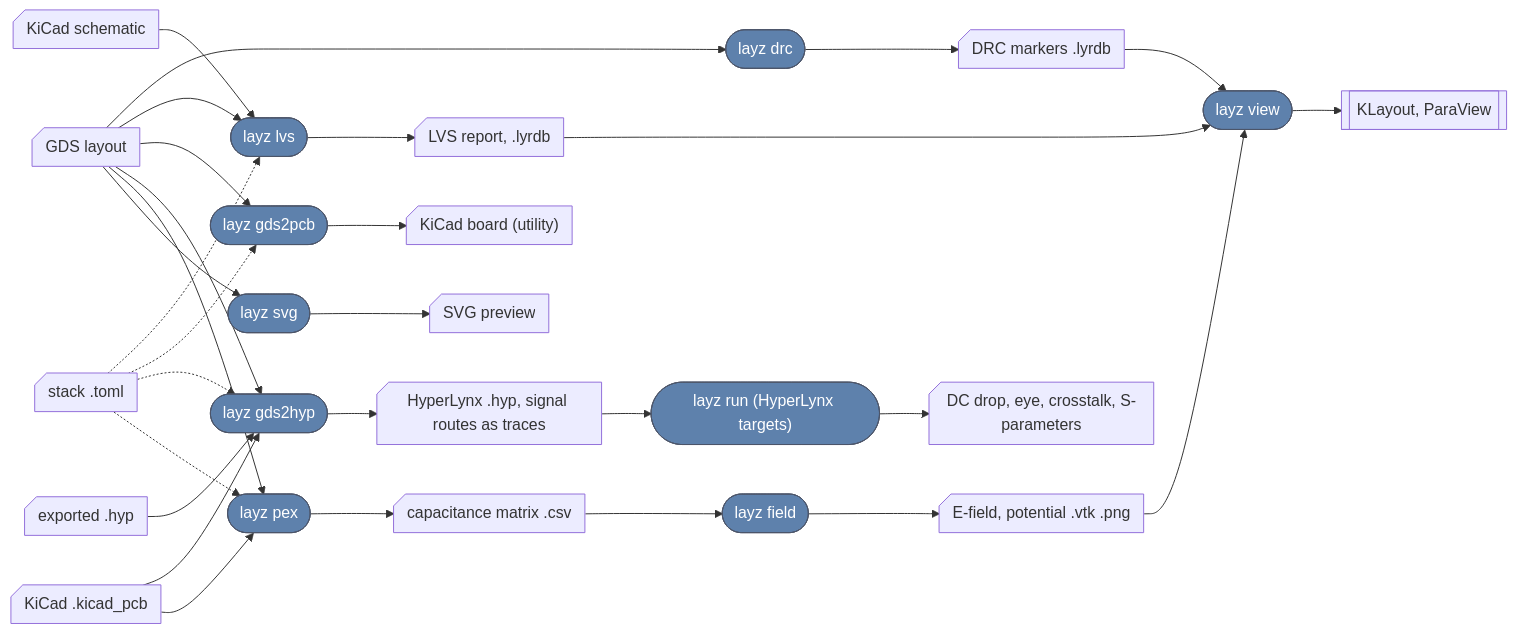
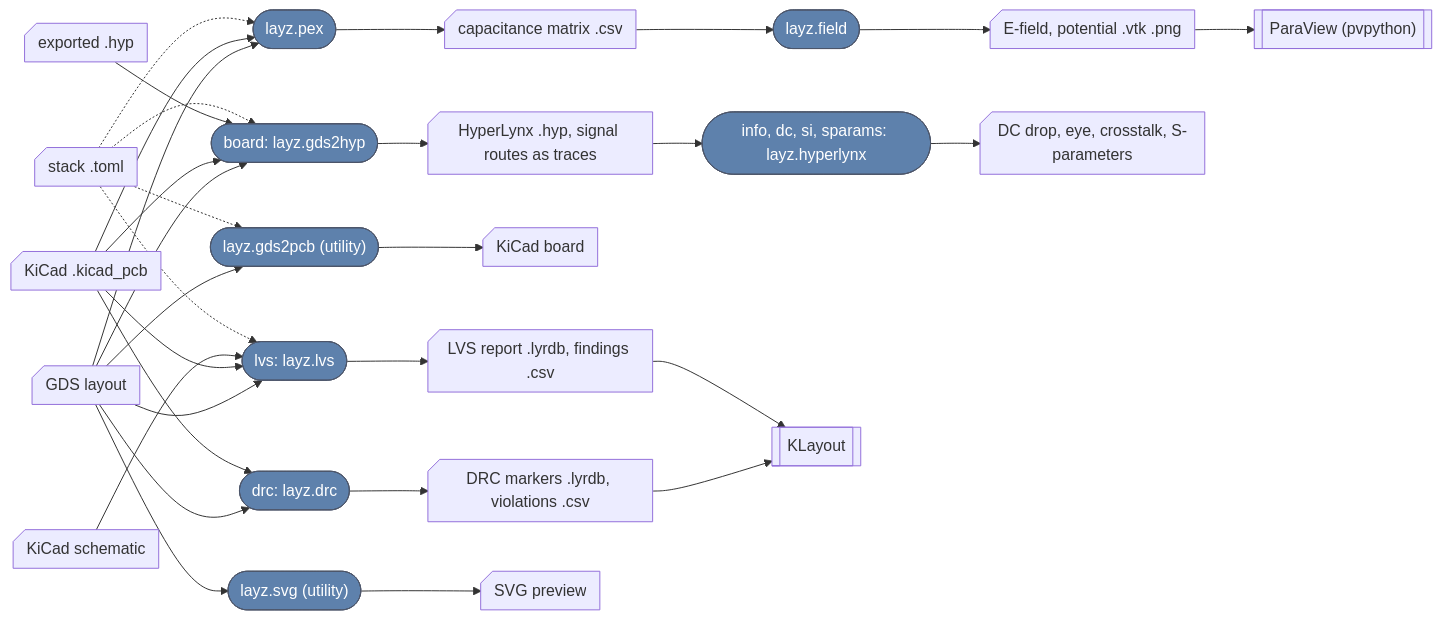
The diagram in readme.md (SiLab-Bonn/layz), drawn with Mermaid before and after one commit. The commit also changed other lines of this file and 48 other files, not shown here.

````diff
--- a/readme.md
+++ b/readme.md
@@ -26,40 +31,40 @@
 ```mermaid
 flowchart LR
     gds@{ shape: card, label: "GDS layout" }
     sch@{ shape: card, label: "KiCad schematic" }
     stack@{ shape: card, label: "stack .toml" }
     board@{ shape: card, label: "KiCad .kicad_pcb" }
     exthyp@{ shape: card, label: "exported .hyp" }
 
-    drc(["layz drc"])
-    lvs(["layz lvs"])
-    pcb(["layz gds2pcb"])
-    hyp(["layz gds2hyp"])
-    hl(["layz run (HyperLynx targets)"])
-    pex(["layz pex"])
-    field(["layz field"])
-    svg(["layz svg"])
-    view(["layz view"])
+    drc(["drc: layz.drc"])
+    lvs(["lvs: layz.lvs"])
+    pcb(["layz.gds2pcb (utility)"])
+    hyp(["board: layz.gds2hyp"])
+    hl(["info, dc, si, sparams: layz.hyperlynx"])
+    pex(["layz.pex"])
+    field(["layz.field"])
+    svg(["layz.svg (utility)"])
 
-    drcdb@{ shape: card, label: "DRC markers .lyrdb" }
-    lvsdb@{ shape: card, label: "LVS report, .lyrdb" }
-    kpcb@{ shape: card, label: "KiCad board (utility)" }
+    drcdb@{ shape: card, label: "DRC markers .lyrdb, violations .csv" }
+    lvsdb@{ shape: card, label: "LVS report .lyrdb, findings .csv" }
+    kpcb@{ shape: card, label: "KiCad board" }
     hypf@{ shape: card, label: "HyperLynx .hyp, signal routes as traces" }
     caps@{ shape: card, label: "capacitance matrix .csv" }
     fld@{ shape: card, label: "E-field, potential .vtk .png" }
     svgf@{ shape: card, label: "SVG preview" }
 
-    gds --> drc --> drcdb
-    gds & sch --> lvs --> lvsdb
+    gds & board --> drc --> drcdb
+    gds & board & sch --> lvs --> lvsdb
     gds --> pcb --> kpcb
     gds & board & exthyp --> hyp --> hypf
     hypf --> hl --> hlres@{ shape: card, label: "DC drop, eye, crosstalk, S-parameters" }
     gds & board --> pex --> caps
     caps --> field --> fld
-    drcdb & lvsdb & fld --> view --> tools[["KLayout, ParaView"]]
+    drcdb & lvsdb --> klayout[["KLayout"]]
+    fld --> paraview[["ParaView (pvpython)"]]
     gds --> svg --> svgf
     stack -.-> lvs & pcb & hyp & pex
 
     classDef cmd fill:#5E81AC,stroke:#4C566A,color:#fff
-    class drc,lvs,pcb,hyp,hl,pex,field,svg,view cmd
+    class drc,lvs,pcb,hyp,hl,pex,field,svg cmd
 ```
````
